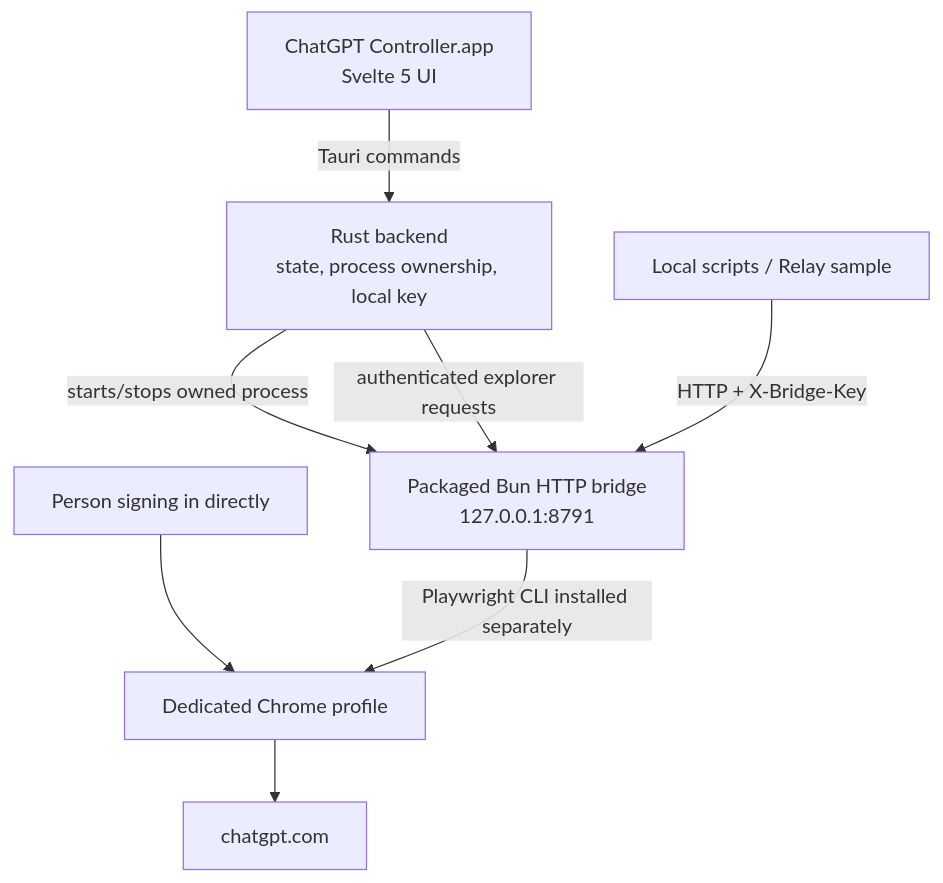
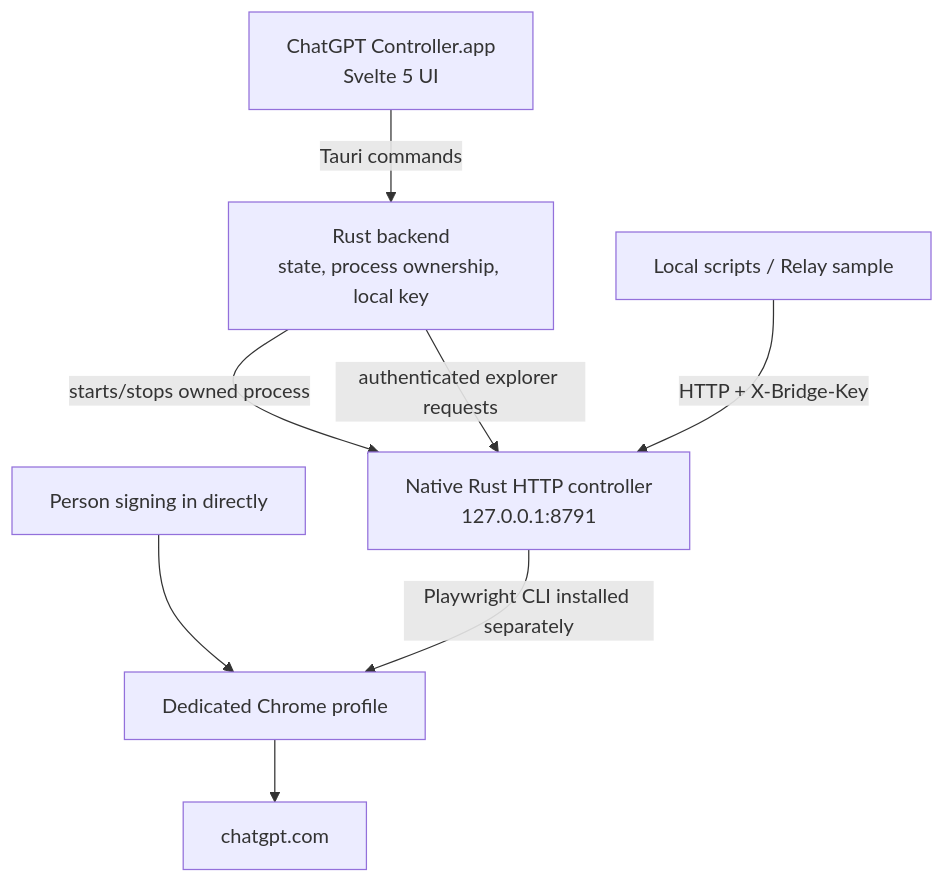
Before and after one commit to AungMyoKyaw/chatgpt-controller-desktop: the diagram in README.md, drawn with Mermaid. The commit also changed other lines of this file and 23 other files, not shown here.

Commit message:
feat: replace Bun bridge with compact native Rust sidecar

````diff
--- a/README.md
+++ b/README.md
@@ -186,10 +186,10 @@
 ```mermaid
 flowchart TD
     User["Person signing in directly"] --> Chrome["Dedicated Chrome profile"]
     UI["ChatGPT Controller.app<br/>Svelte 5 UI"] -->|Tauri commands| Rust["Rust backend<br/>state, process ownership, local key"]
-    Rust -->|starts/stops owned process| Bun["Packaged Bun HTTP bridge<br/>127.0.0.1:8791"]
-    Bun -->|Playwright CLI installed separately| Chrome
+    Rust -->|starts/stops owned process| Native["Native Rust HTTP controller<br/>127.0.0.1:8791"]
+    Native -->|Playwright CLI installed separately| Chrome
     Chrome --> Site["chatgpt.com"]
-    Client["Local scripts / Relay sample"] -->|"HTTP + X-Bridge-Key"| Bun
-    Rust -->|authenticated explorer requests| Bun
+    Client["Local scripts / Relay sample"] -->|"HTTP + X-Bridge-Key"| Native
+    Rust -->|authenticated explorer requests| Native
 ```
````
